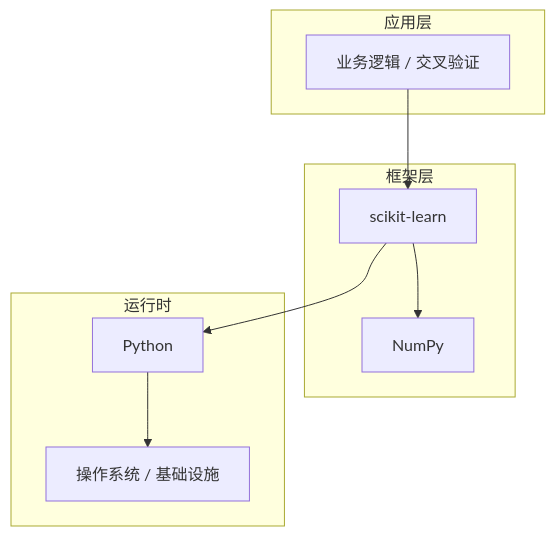
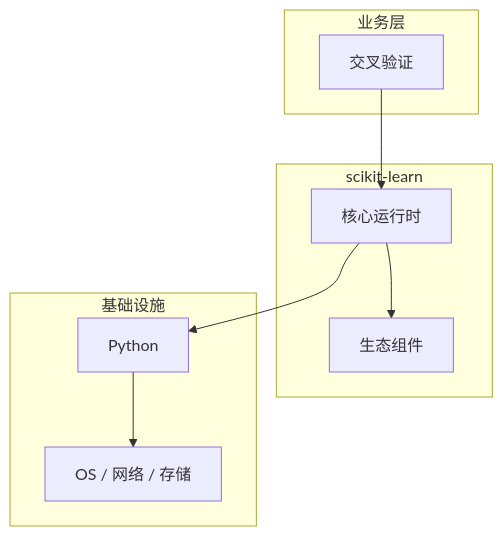
The diagram in articles/机器学习/chapters/106-交叉验证核心概念与原理.md (yanggan2015/knowledge-json-v2), drawn with Mermaid before and after one commit. The commit also changed other lines of this file and 10127 other files, not shown here.

````diff
--- a/articles/机器学习/chapters/106-交叉验证核心概念与原理.md
+++ b/articles/机器学习/chapters/106-交叉验证核心概念与原理.md
@@ -45,18 +30,18 @@
 ```mermaid
 graph TB
-    subgraph 应用层
-        A[业务逻辑 / 交叉验证]
+    subgraph 业务层
+        A[交叉验证]
     end
-    subgraph 框架层
-        B[scikit-learn]
-        C[NumPy]
+    subgraph scikit-learn
+        B[核心运行时]
+        C[生态组件]
     end
-    subgraph 运行时
+    subgraph 基础设施
         D[Python]
-        E[操作系统 / 基础设施]
+        E[OS / 网络 / 存储]
     end
     A --> B
     B --> C
     B --> D
     D --> E
 ```
````
